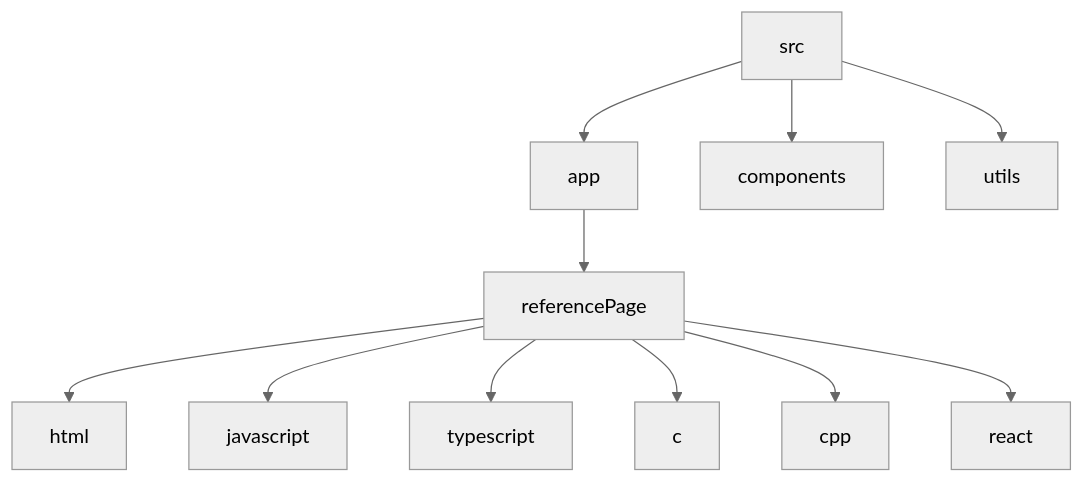
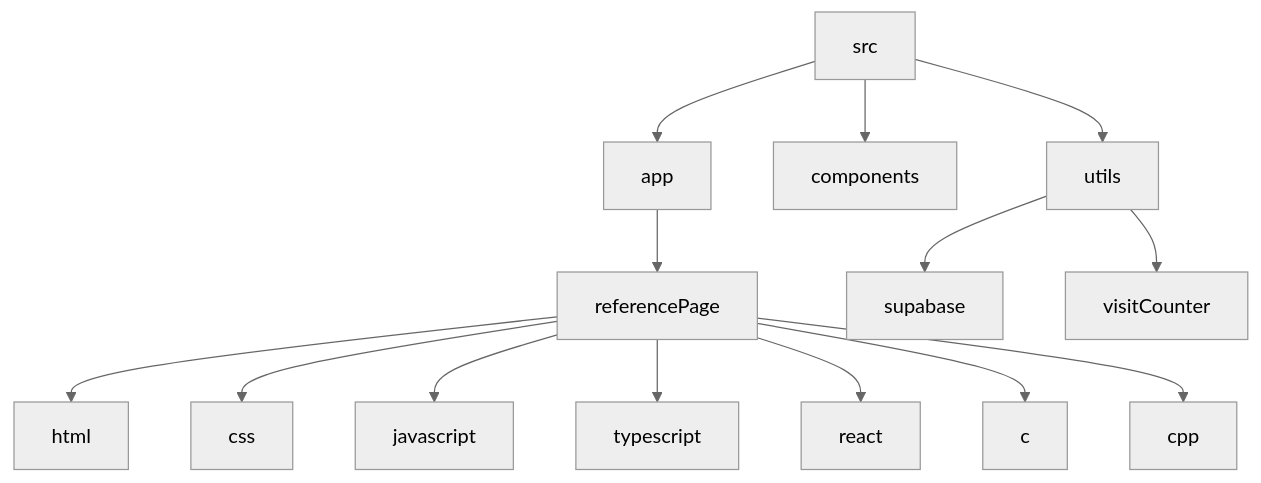
The diagram in README.md (abhraneeldhar7/solo-dev), drawn with Mermaid (neutral theme) before and after one commit. The commit also changed other lines of this file, not shown here.

````diff
--- a/README.md
+++ b/README.md
@@ -26,13 +24,16 @@
 ```mermaid
 graph TD;
   src-->app;
   src-->components;
   src-->utils;
   app-->referencePage;
   referencePage-->html;
+  referencePage-->css;
   referencePage-->javascript;
   referencePage-->typescript;
+  referencePage-->react;
   referencePage-->c;
   referencePage-->cpp;
-  referencePage-->react;
+  utils-->supabase;
+  utils-->visitCounter;
 ```
````
